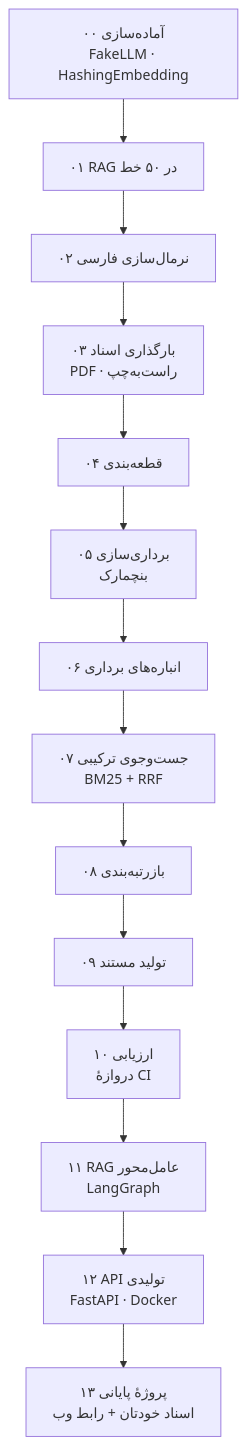
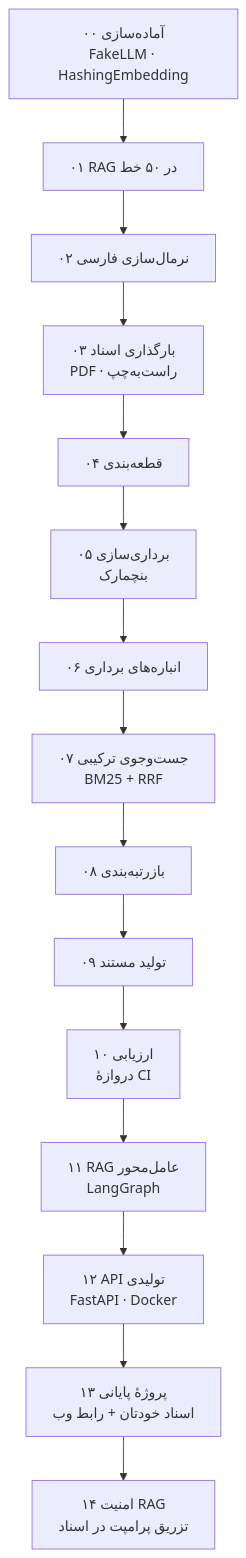
The second of 2 diagrams in README.fa.md (snikookar/Persian-RAG-Academy), drawn with Mermaid before and after one commit. The commit also changed other lines of this file and 47 other files, not shown here.

````diff
--- a/README.fa.md
+++ b/README.fa.md
@@ -60,10 +60,11 @@
 ```mermaid
 flowchart TB
     L00["۰۰ آماده‌سازی<br/>FakeLLM · HashingEmbedding"] --> L01["۰۱ RAG در ۵۰ خط"]
     L01 --> L02["۰۲ نرمال‌سازی فارسی"] --> L03["۰۳ بارگذاری اسناد<br/>PDF · راست‌به‌چپ"]
     L03 --> L04["۰۴ قطعه‌بندی"] --> L05["۰۵ برداری‌سازی<br/>بنچمارک"] --> L06["۰۶ انباره‌های برداری"]
     L06 --> L07["۰۷ جست‌وجوی ترکیبی<br/>BM25 + RRF"] --> L08["۰۸ بازرتبه‌بندی"]
     L08 --> L09["۰۹ تولید مستند"] --> L10["۱۰ ارزیابی<br/>دروازهٔ CI"]
     L10 --> L11["۱۱ RAG عامل‌محور<br/>LangGraph"] --> L12["۱۲ API تولیدی<br/>FastAPI · Docker"]
     L12 --> L13["۱۳ پروژهٔ پایانی<br/>اسناد خودتان + رابط وب"]
+    L13 --> L14["۱۴ امنیت RAG<br/>تزریق پرامپت در اسناد"]
 ```
````
